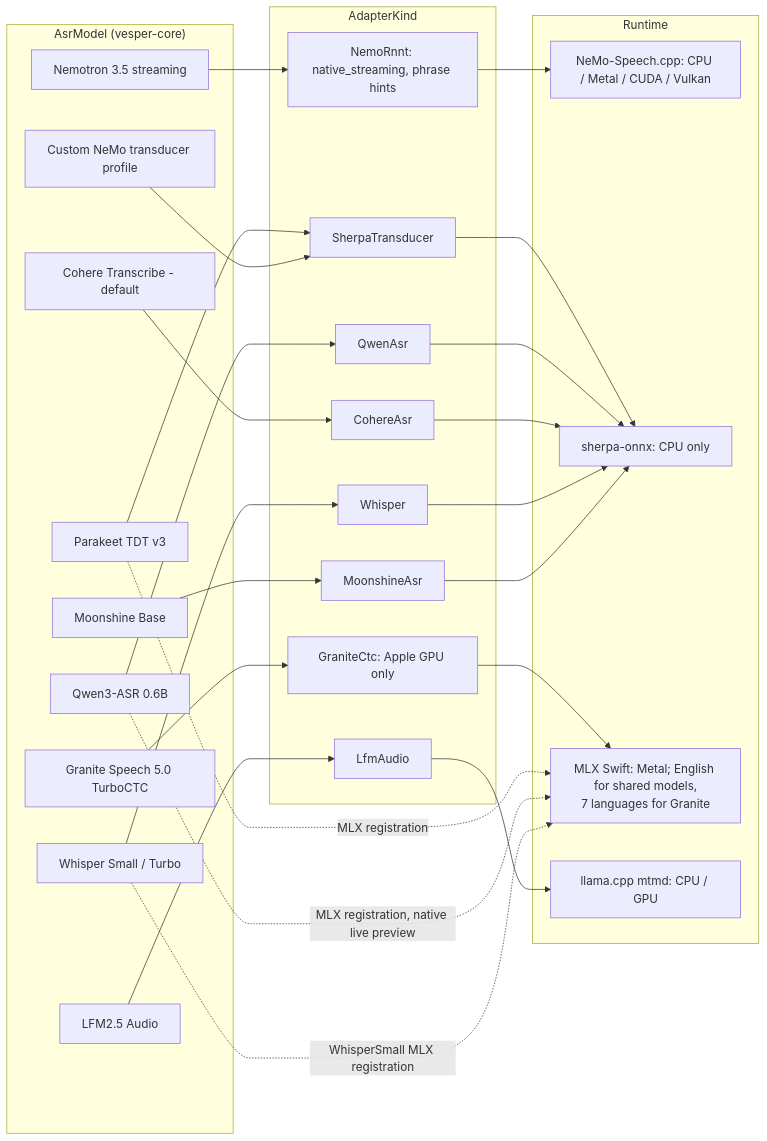
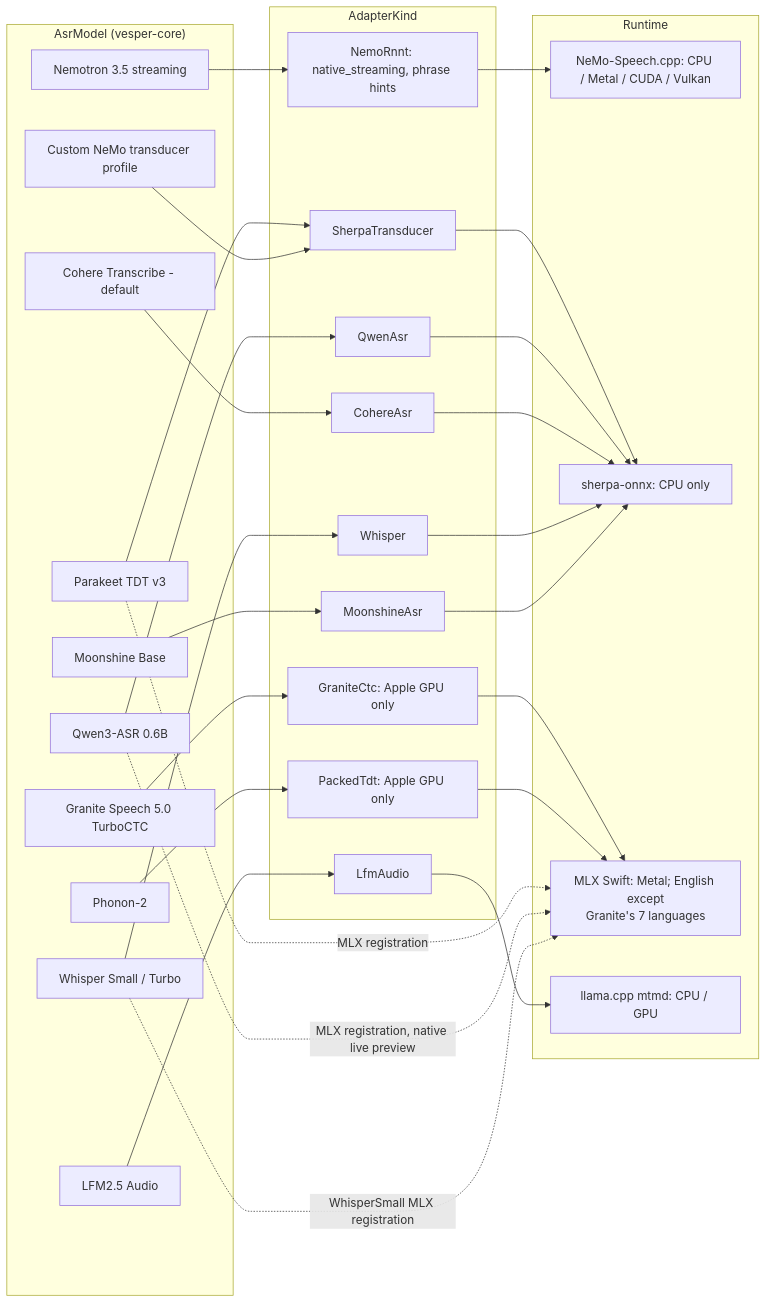
Before and after one commit to rahulsharmavishwakarma/vesper: the fourth of 11 diagrams in docs/inference-architecture.md, drawn with Mermaid. The commit also changed other lines of this file and 8 other files, not shown here.

````diff
--- a/docs/inference-architecture.md
+++ b/docs/inference-architecture.md
@@ -197,43 +197,46 @@
 ```mermaid
 flowchart LR
   subgraph Models["AsrModel (vesper-core)"]
     nem[Nemotron 3.5 streaming]
     par[Parakeet TDT v3]
     qwa[Qwen3-ASR 0.6B]
     coh[Cohere Transcribe - default]
     whi[Whisper Small / Turbo]
     lfm[LFM2.5 Audio]
     moo[Moonshine Base]
     gra[Granite Speech 5.0 TurboCTC]
+    pho[Phonon-2]
     cus[Custom NeMo transducer profile]
   end
   subgraph Kinds["AdapterKind"]
     k1[NemoRnnt: native_streaming, phrase hints]
     k2[SherpaTransducer]
     k3[QwenAsr]
     k4[CohereAsr]
     k5[Whisper]
     k6[LfmAudio]
     k7[MoonshineAsr]
     k8[GraniteCtc: Apple GPU only]
+    k9[PackedTdt: Apple GPU only]
   end
   subgraph Runtime["Runtime"]
     r1[NeMo-Speech.cpp: CPU / Metal / CUDA / Vulkan]
     r2[sherpa-onnx: CPU only]
-    r3[MLX Swift: Metal; English for shared models,<br/>7 languages for Granite]
+    r3[MLX Swift: Metal; English except<br/>Granite's 7 languages]
     r4[llama.cpp mtmd: CPU / GPU]
   end
   nem --> k1 --> r1
   par --> k2
   cus --> k2
   qwa --> k3
   coh --> k4
   whi --> k5
   moo --> k7
   k2 & k3 & k4 & k5 & k7 --> r2
   gra --> k8 --> r3
+  pho --> k9 --> r3
   par -. "MLX registration" .-> r3
   qwa -. "MLX registration, native live preview" .-> r3
   whi -. "WhisperSmall MLX registration" .-> r3
   lfm --> k6 --> r4
 ```
````
